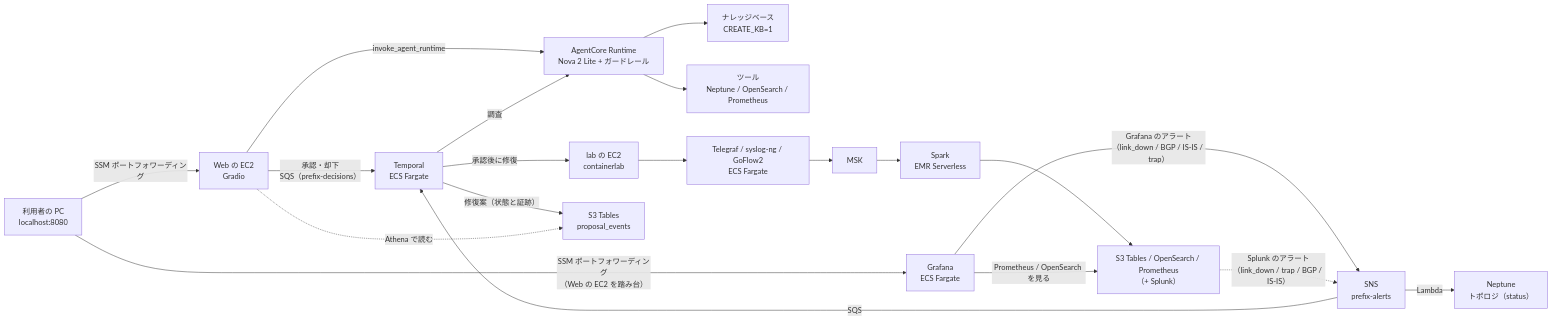
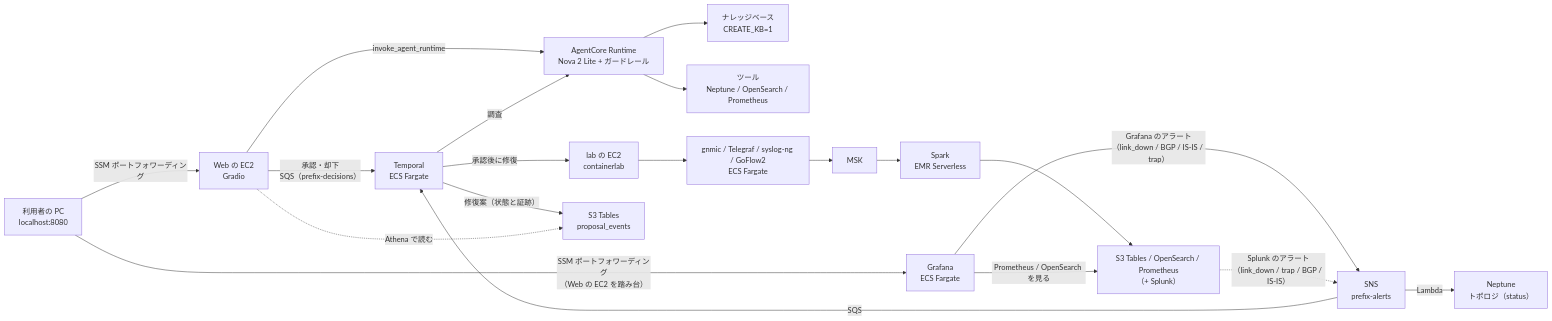
The diagram in README.md (eddie-eights/nwc-poc), drawn with Mermaid before and after one commit. The commit also changed other lines of this file and 15 other files, not shown here.

````diff
--- a/README.md
+++ b/README.md
@@ -8,19 +8,19 @@
 ```mermaid
 flowchart LR
   PC["利用者の PC<br/>localhost:8080"] -->|"SSM ポートフォワーディング"| WEB["Web の EC2<br/>Gradio"]
   WEB -->|"invoke_agent_runtime"| RT["AgentCore Runtime<br/>Nova 2 Lite + ガードレール"]
   RT --> KB["ナレッジベース<br/>CREATE_KB=1"]
   RT --> TOOLS["ツール<br/>Neptune / OpenSearch / Prometheus"]
-  LAB["lab の EC2<br/>containerlab"] --> TG["Telegraf / syslog-ng / GoFlow2<br/>ECS Fargate"] --> MSK["MSK"] --> SPARK["Spark<br/>EMR Serverless"]
+  LAB["lab の EC2<br/>containerlab"] --> TG["gnmic / Telegraf / syslog-ng / GoFlow2<br/>ECS Fargate"] --> MSK["MSK"] --> SPARK["Spark<br/>EMR Serverless"]
   SPARK --> STORE["S3 Tables / OpenSearch / Prometheus<br/>（+ Splunk）"]
   PC -->|"SSM ポートフォワーディング<br/>（Web の EC2 を踏み台）"| GRAF["Grafana<br/>ECS Fargate"] -->|"Prometheus / OpenSearch を見る"| STORE
   GRAF -->|"Grafana のアラート<br/>（link_down / BGP / IS-IS / trap）"| SNS["SNS<br/>prefix-alerts"]
   STORE -.->|"Splunk のアラート<br/>（link_down / trap / BGP / IS-IS）"| SNS
   SNS -->|"Lambda"| NEP["Neptune<br/>トポロジ（status）"]
   SNS -->|"SQS"| WF["Temporal<br/>ECS Fargate"]
   WF -->|"修復案（状態と証跡）"| PAUDIT["S3 Tables<br/>proposal_events"]
   WEB -->|"承認・却下<br/>SQS（prefix-decisions）"| WF
   WEB -.->|"Athena で読む"| PAUDIT
   WF -->|"調査"| RT
   WF -->|"承認後に修復"| LAB
 ```
````
